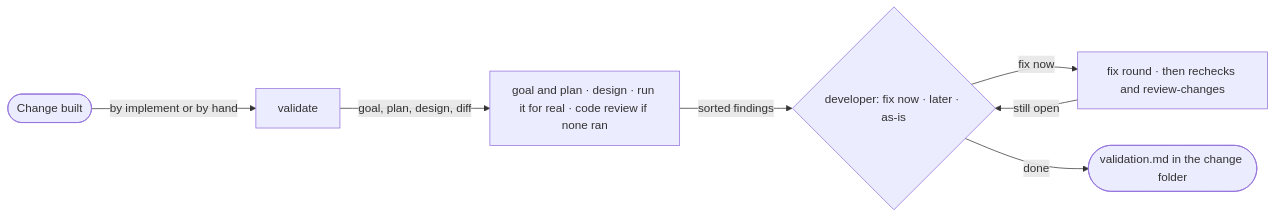
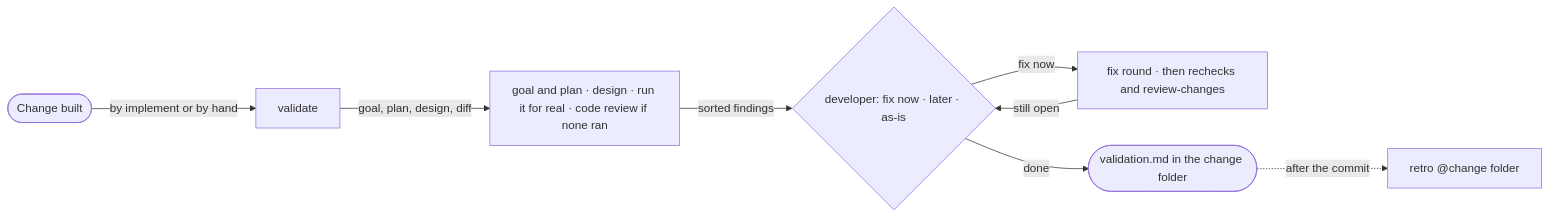
One commit to berekvolgyipeter/dotclaude changed the sixth of 7 diagrams in README.md. Above: the diagram before and after it, drawn with Mermaid. The commit also changed other lines of this file and 16 other files, not shown here.

````diff
--- a/README.md
+++ b/README.md
@@ -88,9 +88,10 @@
 ```mermaid
 flowchart LR
     Done([Change built]) -->|by implement or by hand| Val[validate]
     Val -->|goal, plan, design, diff| Checks[goal and plan · design · run it for real · code review if none ran]
     Checks -->|sorted findings| Dev{developer: fix now · later · as-is}
     Dev -->|fix now| Fix[fix round · then rechecks and review-changes]
     Fix -->|still open| Dev
     Dev -->|done| Rep([validation.md in the change folder])
+    Rep -.->|after the commit| Retro[retro @change folder]
 ```
````
